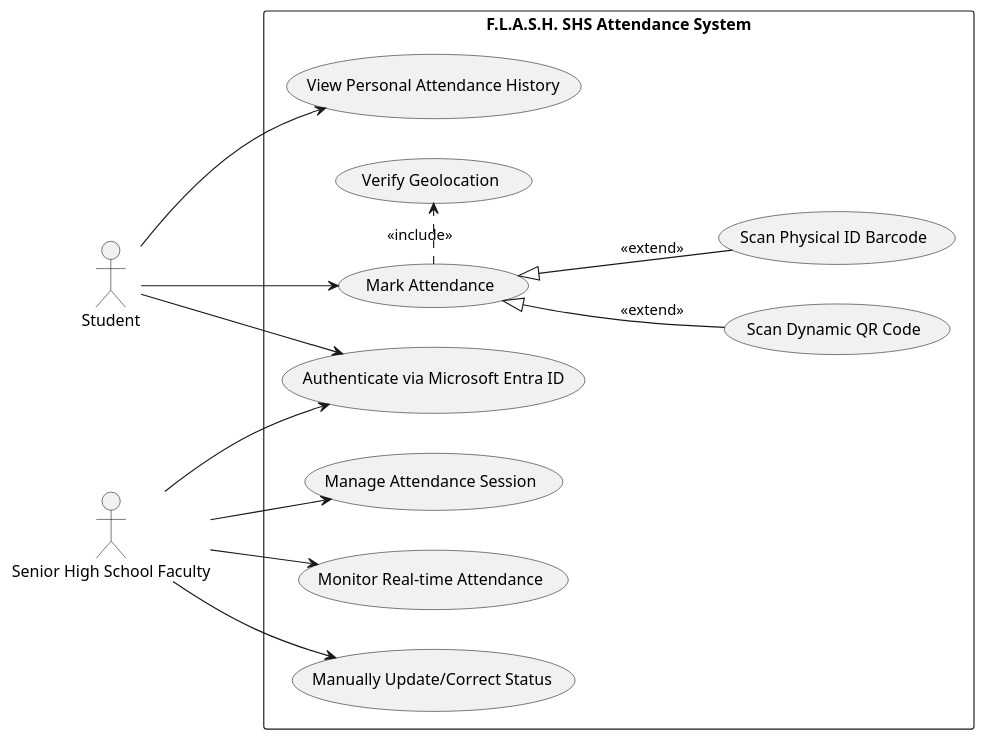
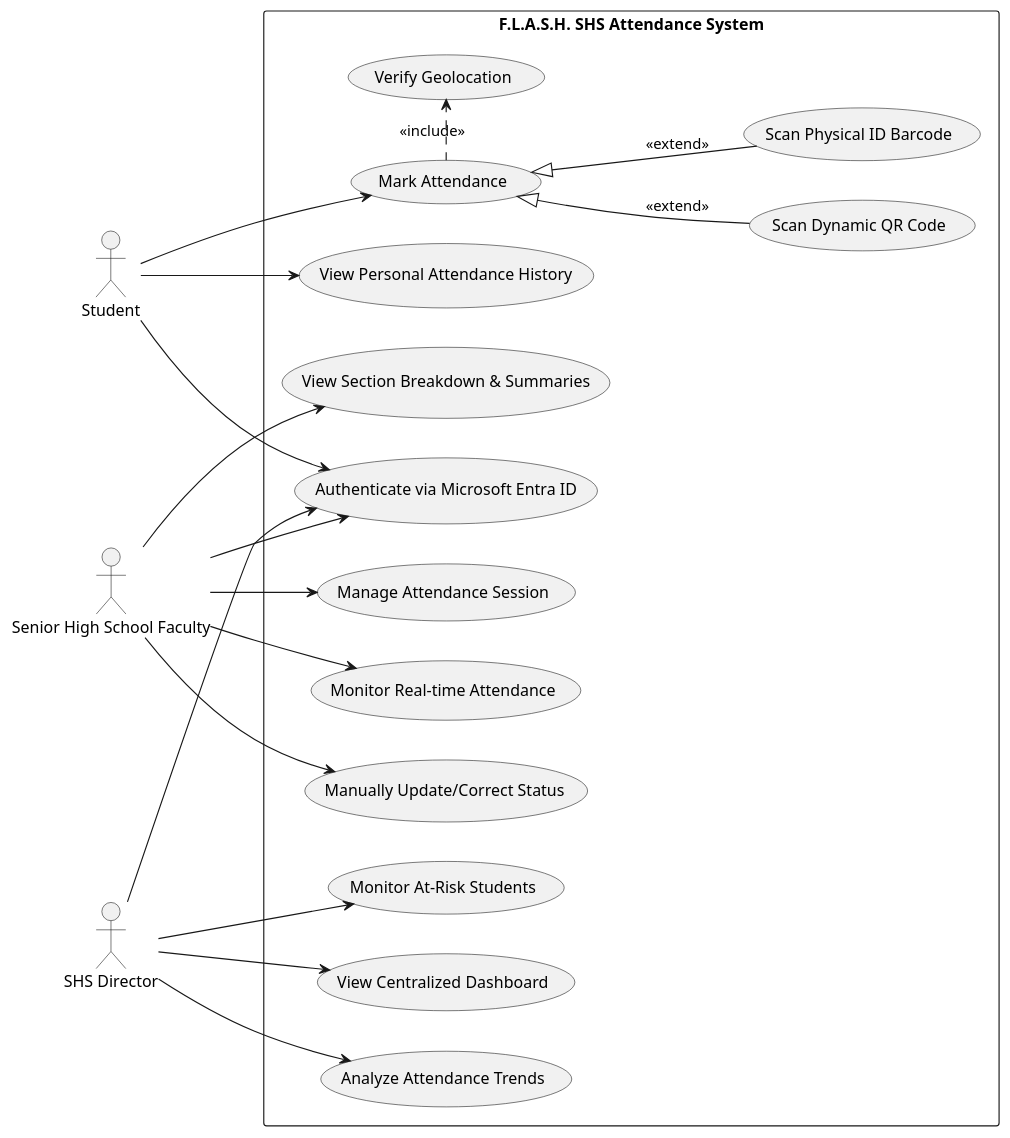
The diagram in docs/MSYADD1/Use case diagram for F.L.A.S.H.puml (APC-SoCIT/APC-2026-2027-T1-IT241-Grp2-F.L.A.S.H-Fast-Logging-Automated-Secure-Hybrid-attendance), drawn with PlantUML before and after one commit.

Commit message:
added SHS Director actor and analytics workflows.

```diff
--- a/docs/MSYADD1/Use case diagram for F.L.A.S.H.puml
+++ b/docs/MSYADD1/Use case diagram for F.L.A.S.H.puml
@@ -1,42 +1,57 @@
 @startuml
 left to right direction
 skinparam packageStyle rectangle
 
+' Primary Actors
 actor "Student" as student
 actor "Senior High School Faculty" as faculty
+actor "SHS Director" as director
 
 package "F.L.A.S.H. SHS Attendance System" {
 
     ' Authentication
     usecase "Authenticate via Microsoft Entra ID" as UC_Auth
 
     ' Student Core Use Cases
     usecase "Mark Attendance" as UC_Mark
     usecase "Scan Dynamic QR Code" as UC_ScanQR
     usecase "Scan Physical ID Barcode" as UC_ScanID
     usecase "Verify Geolocation" as UC_Geo
     usecase "View Personal Attendance History" as UC_ViewStudentRecords
 
     ' Professor Core Use Cases
     usecase "Manage Attendance Session" as UC_ManageSession
     usecase "Monitor Real-time Attendance" as UC_Monitor
     usecase "Manually Update/Correct Status" as UC_ManageRecords
+    usecase "View Section Breakdown & Summaries" as UC_FacultySummary
+
+    ' Director Core Use Cases
+    usecase "View Centralized Dashboard" as UC_DirectorDash
+    usecase "Analyze Attendance Trends" as UC_Analyze
+    usecase "Monitor At-Risk Students" as UC_AtRisk
 }
 
 ' Authentication Links
 student --> UC_Auth
 faculty --> UC_Auth
+director --> UC_Auth
 
 ' Student Connections
 student --> UC_Mark
 student --> UC_ViewStudentRecords
 UC_Mark <|-- UC_ScanQR : <<extend>>
 UC_Mark <|-- UC_ScanID : <<extend>>
 UC_Mark .> UC_Geo : <<include>>
 
 ' Professor Connections
 faculty --> UC_ManageSession
 faculty --> UC_Monitor
 faculty --> UC_ManageRecords
+faculty --> UC_FacultySummary
+
+' Director Connections
+director --> UC_DirectorDash
+director --> UC_Analyze
+director --> UC_AtRisk
 
 @endl
```
